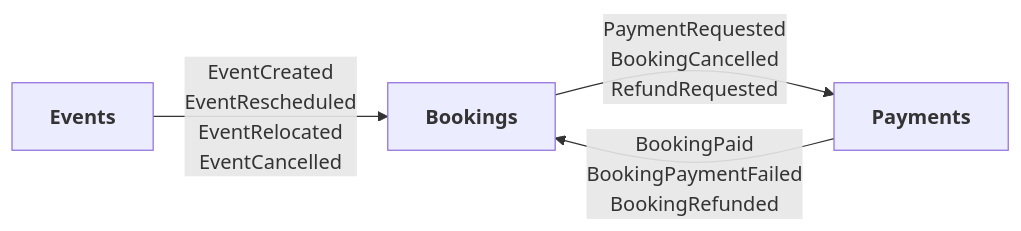
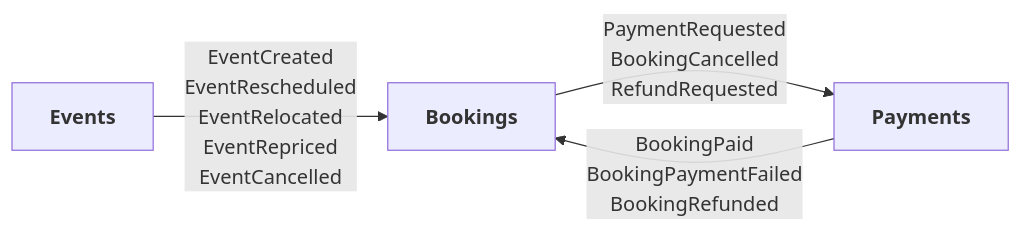
One commit to akmgr5544/TicketMaster changed the second of 3 diagrams in README.md. Above: the diagram before and after it, drawn with Mermaid. The commit also changed other lines of this file and 41 other files, not shown here.

````diff
--- a/README.md
+++ b/README.md
@@ -81,10 +81,10 @@
 ```mermaid
 flowchart LR
     events["<b>Events</b>"]
     bookings["<b>Bookings</b>"]
     payments["<b>Payments</b>"]
 
-    events -- "EventCreated<br/>EventRescheduled<br/>EventRelocated<br/>EventCancelled" --> bookings
+    events -- "EventCreated<br/>EventRescheduled<br/>EventRelocated<br/>EventRepriced<br/>EventCancelled" --> bookings
     bookings -- "PaymentRequested<br/>BookingCancelled<br/>RefundRequested" --> payments
     payments -- "BookingPaid<br/>BookingPaymentFailed<br/>BookingRefunded" --> bookings
 ```
````
